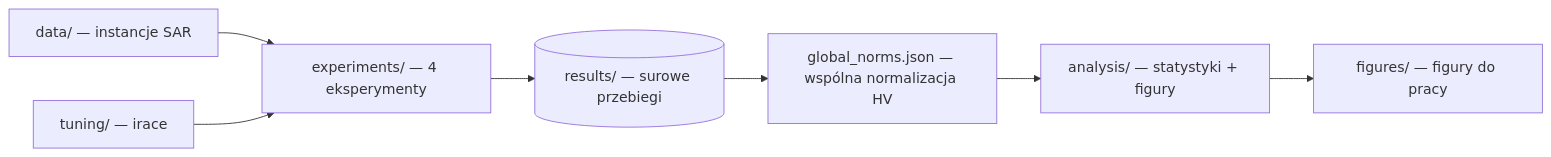
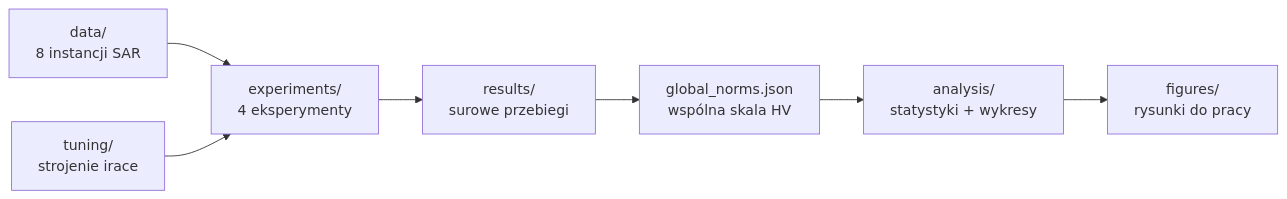
One commit to adak101/moea-uav-sar-path-planning changed the diagram in README.md. Above: the diagram before and after it, drawn with Mermaid. The commit also changed other lines of this file and 2 other files, not shown here.

Commit message:
Nowa nazwa PDF pracy, poprawiony diagram pipeline w README, flota→zespół

````diff
--- a/README.md
+++ b/README.md
@@ -52,9 +52,9 @@
 ```mermaid
 flowchart LR
-    D[data/ — instancje SAR] --> E[experiments/ — 4 eksperymenty]
-    E --> R[(results/ — surowe przebiegi)]
-    R --> N[global_norms.json — wspólna normalizacja HV]
-    N --> A[analysis/ — statystyki + figury]
-    A --> F[figures/ — figury do pracy]
-    T[tuning/ — irace] --> E
+    D["data/<br/>8 instancji SAR"] --> E["experiments/<br/>4 eksperymenty"]
+    T["tuning/<br/>strojenie irace"] --> E
+    E --> R["results/<br/>surowe przebiegi"]
+    R --> N["global_norms.json<br/>wspólna skala HV"]
+    N --> A["analysis/<br/>statystyki + wykresy"]
+    A --> F["figures/<br/>rysunki do pracy"]
 ```
````
